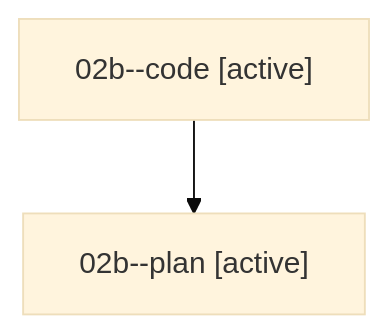
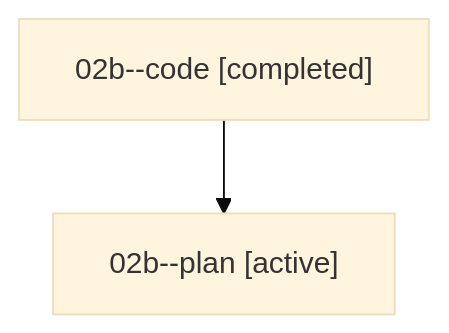
Before and after one commit to bobs-org/bob-cli--agents: the diagram in sessions/bbugyi200.athena.02b.md, drawn with Mermaid (base theme). The commit also changed other lines of this file and 27 other files, not shown here.

````diff
--- a/sessions/bbugyi200.athena.02b.md
+++ b/sessions/bbugyi200.athena.02b.md
@@ -9,6 +9,6 @@
 ```mermaid
 flowchart TD
-  n0["02b--code [active]"]
+  n0["02b--code [completed]"]
   n1["02b--plan [active]"]
   n0 --> n1
 ```
````
